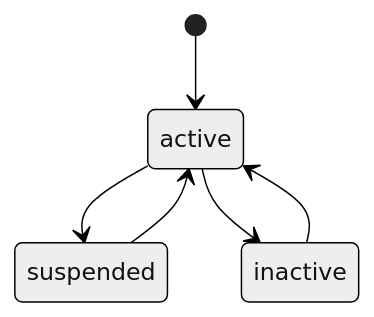
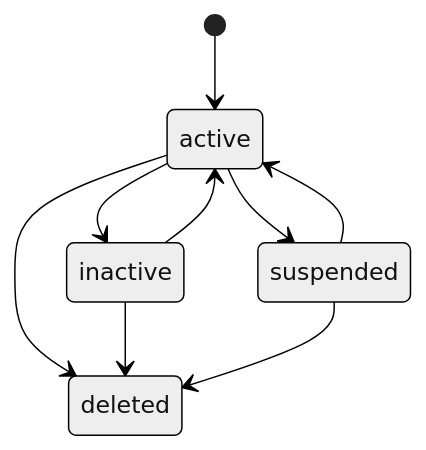
One commit to renxqoo/Authany changed the first of 4 diagrams in specs/04-STATE-MACHINES.md. Above: the diagram before and after it, drawn with Mermaid (neutral theme). The commit also changed other lines of this file and 310 other files, not shown here.

Commit message:
feat: harden security flows and reorganize example apps

````diff
--- a/specs/04-STATE-MACHINES.md
+++ b/specs/04-STATE-MACHINES.md
@@ -17,8 +11,11 @@
 ```mermaid
 stateDiagram-v2
     [*] --> active
+    active --> inactive
     active --> suspended
-    active --> inactive
+    inactive --> active
     suspended --> active
-    inactive --> active
+    active --> deleted
+    inactive --> deleted
+    suspended --> deleted
 ```
````
